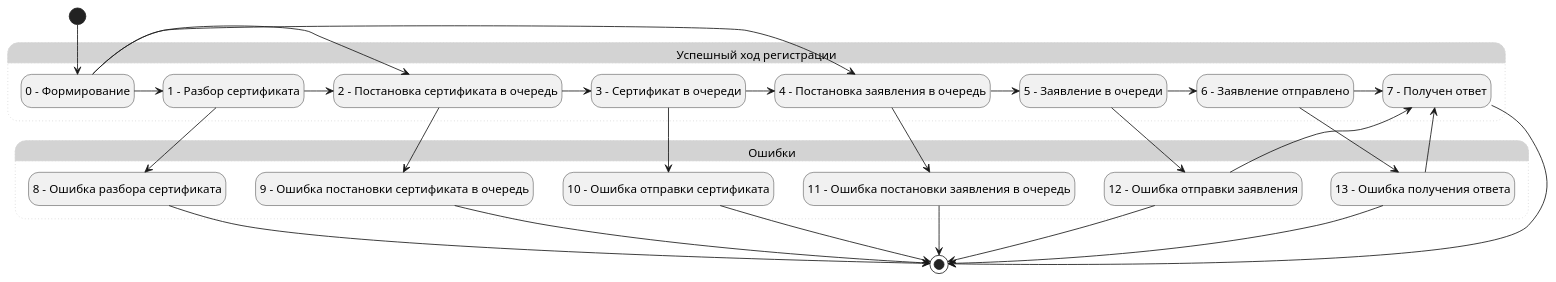
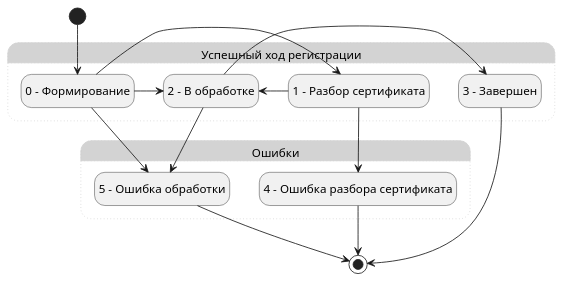
The diagram in udo_plora_statuses.puml (citpb/platform-astral-schemes), drawn with PlantUML before and after one commit.

```diff
--- a/udo_plora_statuses.puml
+++ b/udo_plora_statuses.puml
@@ -1,56 +1,30 @@
 @startuml
 hide empty description
 state "Успешный ход регистрации" as Saccess #LightGray;line.dotted;line:LightGray {
     state "0 – Формирование" as State0
     state "1 – Разбор сертификата" as State1
-    state "2 - Постановка сертификата в очередь" as State2
-    state "3 - Сертификат в очереди" as State3
-    state "4 - Постановка заявления в очередь" as State4
-    state "5 - Заявление в очереди" as State5
-    state "6 - Заявление отправлено" as State6
-    state "7 - Получен ответ" as State7
+    state "2 - В обработке" as State2
+    state "3 - Завершен" as State3
 }
 state "Ошибки" as Errors #LightGray;line.dotted;line:LightGray {
-    state "8 - Ошибка разбора сертификата" as State8
-    state "9 - Ошибка постановки сертификата в очередь" as State9
-    state "10 - Ошибка отправки сертификата" as State10
-    state "11 - Ошибка постановки заявления в очередь" as State11
-    state "12 - Ошибка отправки заявления" as State12
-    state "13 - Ошибка получения ответа" as State13
+    state "4 - Ошибка разбора сертификата" as State4
+    state "5 - Ошибка обработки" as State5
 }
 
 [*] --> State0
 State0 -> State1
 State0 -> State2
-State0 -> State4
+State0 -> State5
 
 State1 -> State2
-State1 --> State8
+State1 --> State4
 
 State2 -> State3
-State2 --> State9
+State2 --> State5
 
-State3 -> State4
-State3 --> State10
+State4  --> [*]
+State5  --> [*]
 
-State4 -> State5
-State4 --> State11
-
-State5 -> State6
-State5 --> State12
-State12 --> State7
-
-State6 -> State7
-State6 --> State13
-State13 --> State7
-
-State8  --> [*]
-State9  --> [*]
-State10 --> [*]
-State11 --> [*]
-State12 --> [*]
-State13 --> [*]
-
-State7 --> [*]
+State3 --> [*]
 
 @enduml
```
